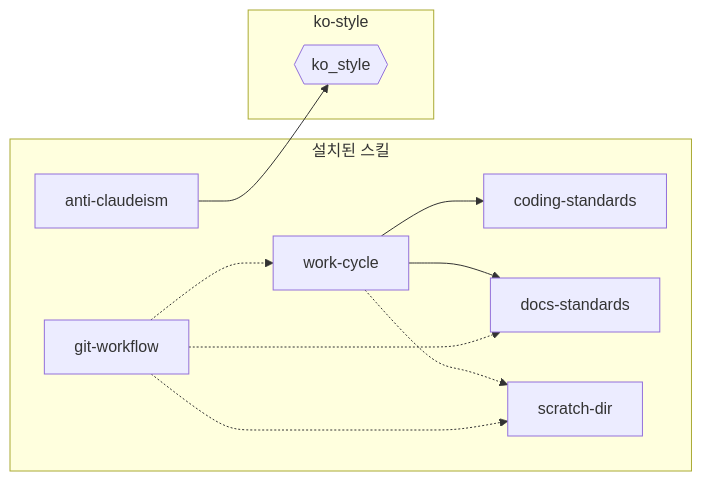
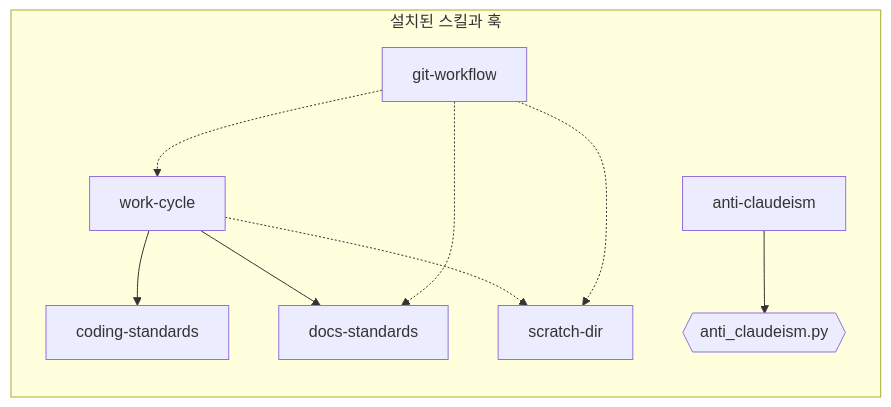
Before and after one commit to nil-park/claude-workflow-kit: the diagram in docs/architecture/component-dependency.md, drawn with Mermaid. The commit also changed other lines of this file and 17 other files, not shown here.

First line of the commit message:
Move the ko-style hook into bootstrap-anti-claudeism

````diff
--- a/docs/architecture/component-dependency.md
+++ b/docs/architecture/component-dependency.md
@@ -3,22 +3,20 @@
 ```mermaid
 flowchart LR
-  subgraph inst["설치된 스킬"]
+  subgraph inst["설치된 스킬과 훅"]
     wc["work-cycle"]
     cs["coding-standards"]
     ds["docs-standards"]
     sd["scratch-dir"]
     gw["git-workflow"]
     ac["anti-claudeism"]
-  end
-  subgraph ks["ko-style"]
-    hook{{"ko_style"}}
+    hook{{"anti_claudeism.py"}}
   end
 
   wc --> cs
   wc --> ds
   wc -.-> sd
   gw -.-> wc
   gw -.-> ds
   gw -.-> sd
   ac --> hook
 ```
````
